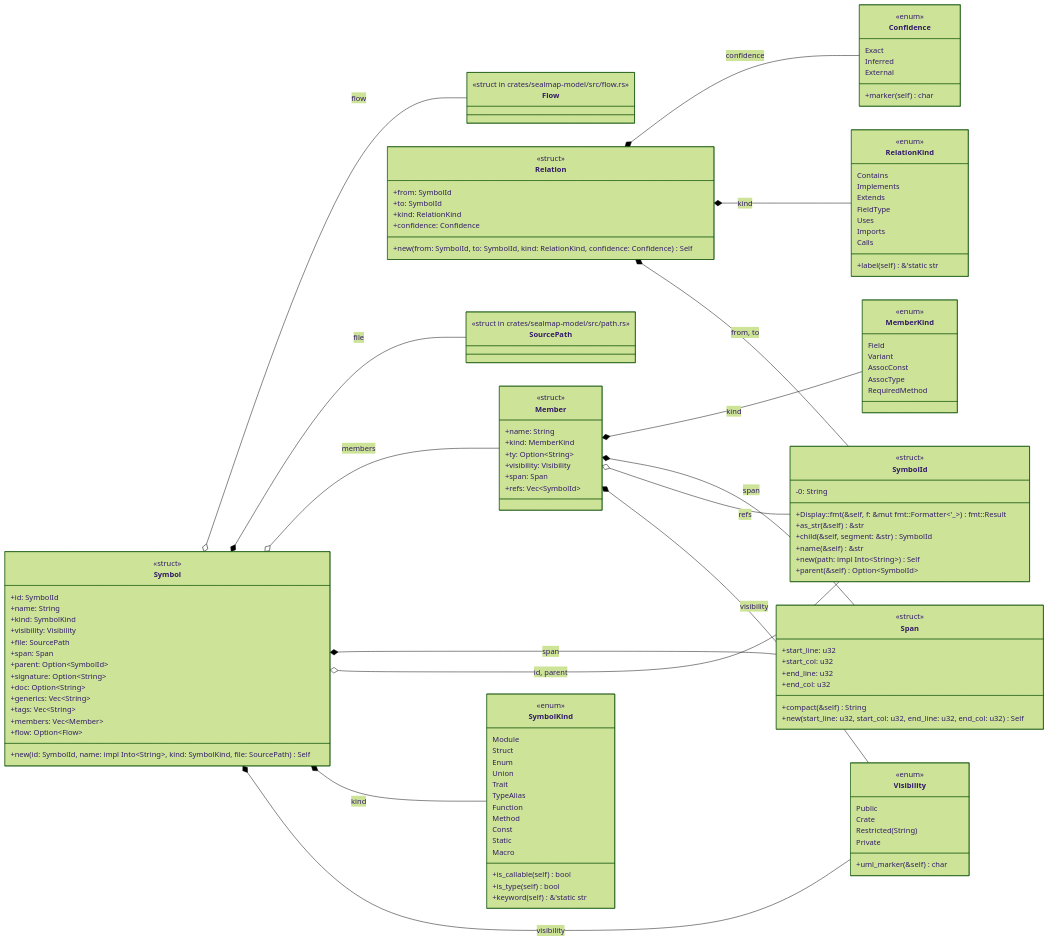
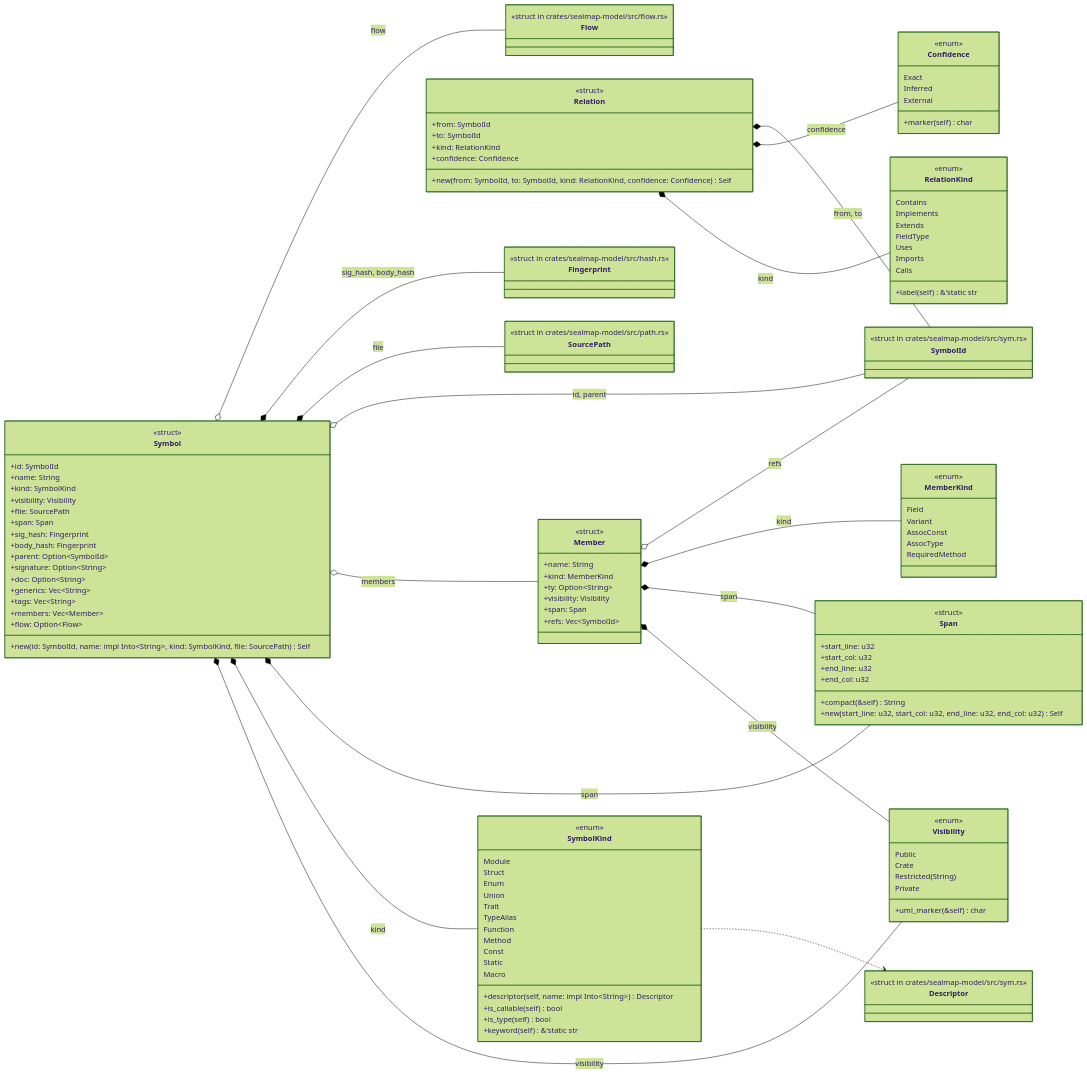
The first of 3 diagrams in docs/sealmap/crates/sealmap-model/src/symbol.rs.md (DreamLab-AI/codemaid), drawn with Mermaid (forest theme) before and after one commit. The commit also changed other lines of this file and 45 other files, not shown here.

First line of the commit message:
docs: regenerate the self-corpus for sym: ids and schema v2

````diff
--- a/docs/sealmap/crates/sealmap-model/src/symbol.rs.md
+++ b/docs/sealmap/crates/sealmap-model/src/symbol.rs.md
@@ -13,14 +13,14 @@
 ```mermaid
 classDiagram
   direction LR
-  class sealmap_model__symbol__Confidence["Confidence"] {
+  class sealmap_model__symbol___tConfidence["Confidence"] {
     <<enum>>
     Exact
     Inferred
     External
     +marker(self) char
   }
-  class sealmap_model__symbol__Member["Member"] {
+  class sealmap_model__symbol___tMember["Member"] {
     <<struct>>
     +name: String
     +kind: MemberKind
@@ -29,7 +29,7 @@
     +span: Span
     +refs: Vec#lt;SymbolId#gt;
   }
-  class sealmap_model__symbol__MemberKind["MemberKind"] {
+  class sealmap_model__symbol___tMemberKind["MemberKind"] {
     <<enum>>
     Field
     Variant
@@ -37,7 +37,7 @@
     AssocType
     RequiredMethod
   }
-  class sealmap_model__symbol__Relation["Relation"] {
+  class sealmap_model__symbol___tRelation["Relation"] {
     <<struct>>
     +from: SymbolId
     +to: SymbolId
@@ -45,7 +45,7 @@
     +confidence: Confidence
     +new(from: SymbolId, to: SymbolId, kind: RelationKind, confidence: Confidence) Self
   }
-  class sealmap_model__symbol__RelationKind["RelationKind"] {
+  class sealmap_model__symbol___tRelationKind["RelationKind"] {
     <<enum>>
     Contains
     Implements
@@ -56,7 +56,7 @@
     Calls
     +label(self) &'static str
   }
-  class sealmap_model__symbol__Span["Span"] {
+  class sealmap_model__symbol___tSpan["Span"] {
     <<struct>>
     +start_line: u32
     +start_col: u32
@@ -65,7 +65,7 @@
     +compact(&self) String
     +new(start_line: u32, start_col: u32, end_line: u32, end_col: u32) Self
   }
-  class sealmap_model__symbol__Symbol["Symbol"] {
+  class sealmap_model__symbol___tSymbol["Symbol"] {
     <<struct>>
     +id: SymbolId
     +name: String
@@ -73,6 +73,8 @@
     +visibility: Visibility
     +file: SourcePath
     +span: Span
+    +sig_hash: Fingerprint
+    +body_hash: Fingerprint
     +parent: Option#lt;SymbolId#gt;
     +signature: Option#lt;String#gt;
     +doc: Option#lt;String#gt;
@@ -82,17 +84,7 @@
     +flow: Option#lt;Flow#gt;
     +new(id: SymbolId, name: impl Into#lt;String#gt;, kind: SymbolKind, file: SourcePath) Self
   }
-  class sealmap_model__symbol__SymbolId["SymbolId"] {
-    <<struct>>
-    -0: String
-    +Display::fmt(&self, f: &mut fmt::Formatter#lt;'_#gt;) fmt::Result
-    +as_str(&self) &str
-    +child(&self, segment: &str) SymbolId
-    +name(&self) &str
-    +new(path: impl Into#lt;String#gt;) Self
-    +parent(&self) Option#lt;SymbolId#gt;
-  }
-  class sealmap_model__symbol__SymbolKind["SymbolKind"] {
+  class sealmap_model__symbol___tSymbolKind["SymbolKind"] {
     <<enum>>
     Module
     Struct
@@ -105,11 +97,12 @@
     Const
     Static
     Macro
+    +descriptor(self, name: impl Into#lt;String#gt;) Descriptor
     +is_callable(self) bool
     +is_type(self) bool
     +keyword(self) &'static str
   }
-  class sealmap_model__symbol__Visibility["Visibility"] {
+  class sealmap_model__symbol___tVisibility["Visibility"] {
     <<enum>>
     Public
     Crate
@@ -117,24 +110,35 @@
     Private
     +uml_marker(&self) char
   }
-  class sealmap_model__flow__Flow["Flow"] {
+  class sealmap_model__sym___tSymbolId["SymbolId"] {
+    <<struct in crates/sealmap-model/src/sym.rs>>
+  }
+  class sealmap_model__flow___tFlow["Flow"] {
     <<struct in crates/sealmap-model/src/flow.rs>>
   }
-  class sealmap_model__path__SourcePath["SourcePath"] {
+  class sealmap_model__hash___tFingerprint["Fingerprint"] {
+    <<struct in crates/sealmap-model/src/hash.rs>>
+  }
+  class sealmap_model__path___tSourcePath["SourcePath"] {
     <<struct in crates/sealmap-model/src/path.rs>>
   }
-  sealmap_model__symbol__Member *-- sealmap_model__symbol__MemberKind : kind
-  sealmap_model__symbol__Member *-- sealmap_model__symbol__Span : span
-  sealmap_model__symbol__Member o-- sealmap_model__symbol__SymbolId : refs
-  sealmap_model__symbol__Member *-- sealmap_model__symbol__Visibility : visibility
-  sealmap_model__symbol__Relation *-- sealmap_model__symbol__Confidence : confidence
-  sealmap_model__symbol__Relation *-- sealmap_model__symbol__RelationKind : kind
-  sealmap_model__symbol__Relation *-- sealmap_model__symbol__SymbolId : from, to
-  sealmap_model__symbol__Symbol o-- sealmap_model__flow__Flow : flow
-  sealmap_model__symbol__Symbol *-- sealmap_model__path__SourcePath : file
-  sealmap_model__symbol__Symbol o-- sealmap_model__symbol__Member : members
-  sealmap_model__symbol__Symbol *-- sealmap_model__symbol__Span : span
-  sealmap_model__symbol__Symbol o-- sealmap_model__symbol__SymbolId : id, parent
-  sealmap_model__symbol__Symbol *-- sealmap_model__symbol__SymbolKind : kind
-  sealmap_model__symbol__Symbol *-- sealmap_model__symbol__Visibility : visibility
+  class sealmap_model__sym___tDescriptor["Descriptor"] {
+    <<struct in crates/sealmap-model/src/sym.rs>>
+  }
+  sealmap_model__symbol___tMember o-- sealmap_model__sym___tSymbolId : refs
+  sealmap_model__symbol___tMember *-- sealmap_model__symbol___tMemberKind : kind
+  sealmap_model__symbol___tMember *-- sealmap_model__symbol___tSpan : span
+  sealmap_model__symbol___tMember *-- sealmap_model__symbol___tVisibility : visibility
+  sealmap_model__symbol___tRelation *-- sealmap_model__sym___tSymbolId : from, to
+  sealmap_model__symbol___tRelation *-- sealmap_model__symbol___tConfidence : confidence
+  sealmap_model__symbol___tRelation *-- sealmap_model__symbol___tRelationKind : kind
+  sealmap_model__symbol___tSymbol o-- sealmap_model__flow___tFlow : flow
+  sealmap_model__symbol___tSymbol *-- sealmap_model__hash___tFingerprint : sig_hash, body_hash
+  sealmap_model__symbol___tSymbol *-- sealmap_model__path___tSourcePath : file
+  sealmap_model__symbol___tSymbol o-- sealmap_model__sym___tSymbolId : id, parent
+  sealmap_model__symbol___tSymbol o-- sealmap_model__symbol___tMember : members
+  sealmap_model__symbol___tSymbol *-- sealmap_model__symbol___tSpan : span
+  sealmap_model__symbol___tSymbol *-- sealmap_model__symbol___tSymbolKind : kind
+  sealmap_model__symbol___tSymbol *-- sealmap_model__symbol___tVisibility : visibility
+  sealmap_model__symbol___tSymbolKind ..> sealmap_model__sym___tDescriptor
 ```
````
